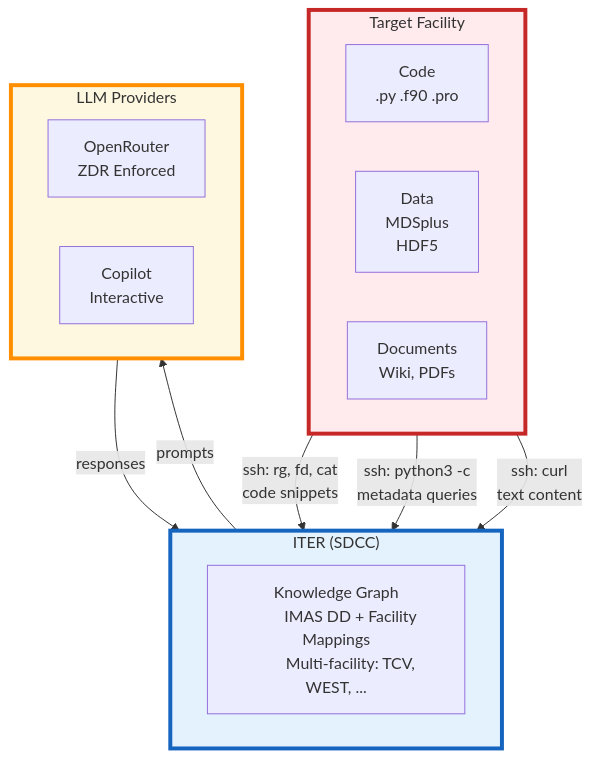
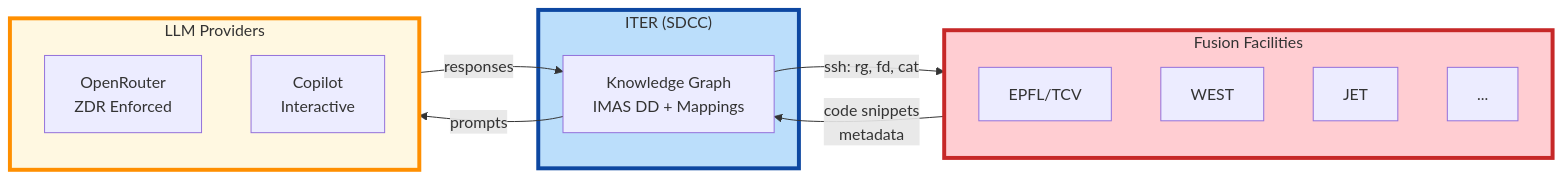
Before and after one commit to iterorganization/imas-mcp: the third of 8 diagrams in docs/architecture/facility-access-justification.md, drawn with Mermaid. The commit also changed other lines of this file, not shown here.

First line of the commit message:
docs: improve facility access justification document

````diff
--- a/docs/architecture/facility-access-justification.md
+++ b/docs/architecture/facility-access-justification.md
@@ -79,45 +113,34 @@
 ```mermaid
-flowchart TB
-    subgraph FACILITY["Target Facility"]
-        direction LR
-        
-        CODE["Code
-        .py .f90 .pro"]
-        
-        DATA["Data
-        MDSplus
-        HDF5"]
-        
-        DOCS["Documents
-        Wiki, PDFs"]
+flowchart LR
+    subgraph ITER_BOX["ITER (SDCC)"]
+        GRAPH["Knowledge Graph
+        IMAS DD + Mappings"]
     end
-
-    subgraph ITER["ITER (SDCC)"]
-        GRAPH["Knowledge Graph
-        IMAS DD + Facility Mappings
-        Multi-facility: TCV, WEST, ..."]
+    
+    subgraph FACILITIES["Fusion Facilities"]
+        direction TB
+        EPFL["EPFL/TCV"]
+        WEST["WEST"]
+        JET["JET"]
+        MORE["..."]
     end
-
-    subgraph LLM["LLM Providers"]
+    
+    subgraph LLM_BOX["LLM Providers"]
+        direction TB
         OPENROUTER["OpenRouter
         ZDR Enforced"]
         COPILOT["Copilot
         Interactive"]
     end
 
-    CODE -->|"ssh: rg, fd, cat
-    code snippets"| ITER
+    GRAPH -->|"ssh: rg, fd, cat"| FACILITIES
+    FACILITIES -->|"code snippets
+    metadata"| GRAPH
     
-    DATA -->|"ssh: python3 -c
-    metadata queries"| ITER
-    
-    DOCS -->|"ssh: curl
-    text content"| ITER
-    
-    ITER -->|"prompts"| LLM
-    LLM -->|"responses"| ITER
+    GRAPH -->|"prompts"| LLM_BOX
+    LLM_BOX -->|"responses"| GRAPH
 
-    style FACILITY fill:#ffebee,stroke:#c62828,stroke-width:4px
-    style ITER fill:#e3f2fd,stroke:#1565c0,stroke-width:4px
-    style LLM fill:#fff8e1,stroke:#ff8f00,stroke-width:4px
+    style ITER_BOX fill:#bbdefb,stroke:#0d47a1,stroke-width:4px
+    style FACILITIES fill:#ffcdd2,stroke:#c62828,stroke-width:4px
+    style LLM_BOX fill:#fff8e1,stroke:#ff8f00,stroke-width:4px
 ```
````
